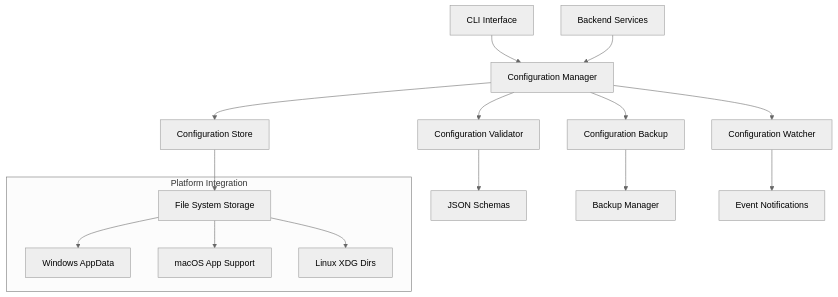
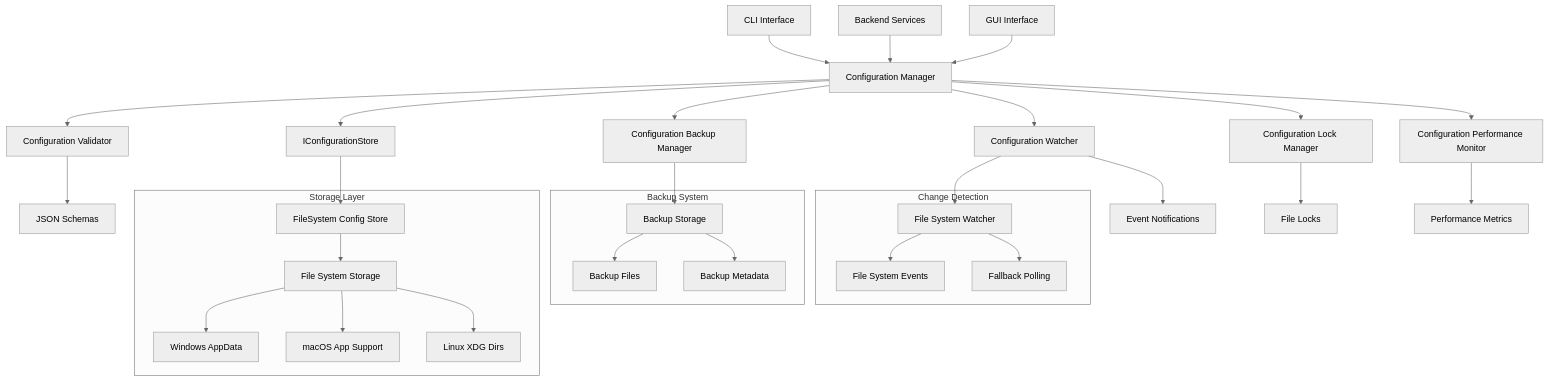
The first of 2 diagrams in .kiro/specs/configuration-management/design.md (Auriora/TimeLocker), drawn with Mermaid (neutral theme) before and after one commit. The commit also changed other lines of this file and 2 other files, not shown here.

First line of the commit message:
chore(specs): Enhance configuration management design documentation

````diff
--- a/.kiro/specs/configuration-management/design.md
+++ b/.kiro/specs/configuration-management/design.md
@@ -11,21 +11,38 @@
 ```mermaid
 graph TB
     CLI[CLI Interface] --> CM[Configuration Manager]
     Services[Backend Services] --> CM
+    GUI[GUI Interface] --> CM
     
     CM --> CV[Configuration Validator]
-    CM --> CS[Configuration Store]
-    CM --> CB[Configuration Backup]
+    CM --> ICS[IConfigurationStore]
+    CM --> CBM[Configuration Backup Manager]
     CM --> CW[Configuration Watcher]
+    CM --> CLM[Configuration Lock Manager]
+    CM --> CPM[Configuration Performance Monitor]
     
     CV --> Schema[JSON Schemas]
-    CS --> FS[File System Storage]
-    CB --> BM[Backup Manager]
+    ICS --> FSCS[FileSystem Config Store]
+    CBM --> BackupStorage[Backup Storage]
+    CW --> FSW[File System Watcher]
     CW --> EN[Event Notifications]
+    CLM --> FL[File Locks]
+    CPM --> Metrics[Performance Metrics]
     
-    subgraph "Platform Integration"
+    subgraph "Storage Layer"
+        FSCS --> FS[File System Storage]
         FS --> Win[Windows AppData]
         FS --> Mac[macOS App Support]
         FS --> Linux[Linux XDG Dirs]
     end
+    
+    subgraph "Change Detection"
+        FSW --> FileEvents[File System Events]
+        FSW --> Polling[Fallback Polling]
+    end
+    
+    subgraph "Backup System"
+        BackupStorage --> BackupFiles[Backup Files]
+        BackupStorage --> Metadata[Backup Metadata]
+    end
 ```
````
